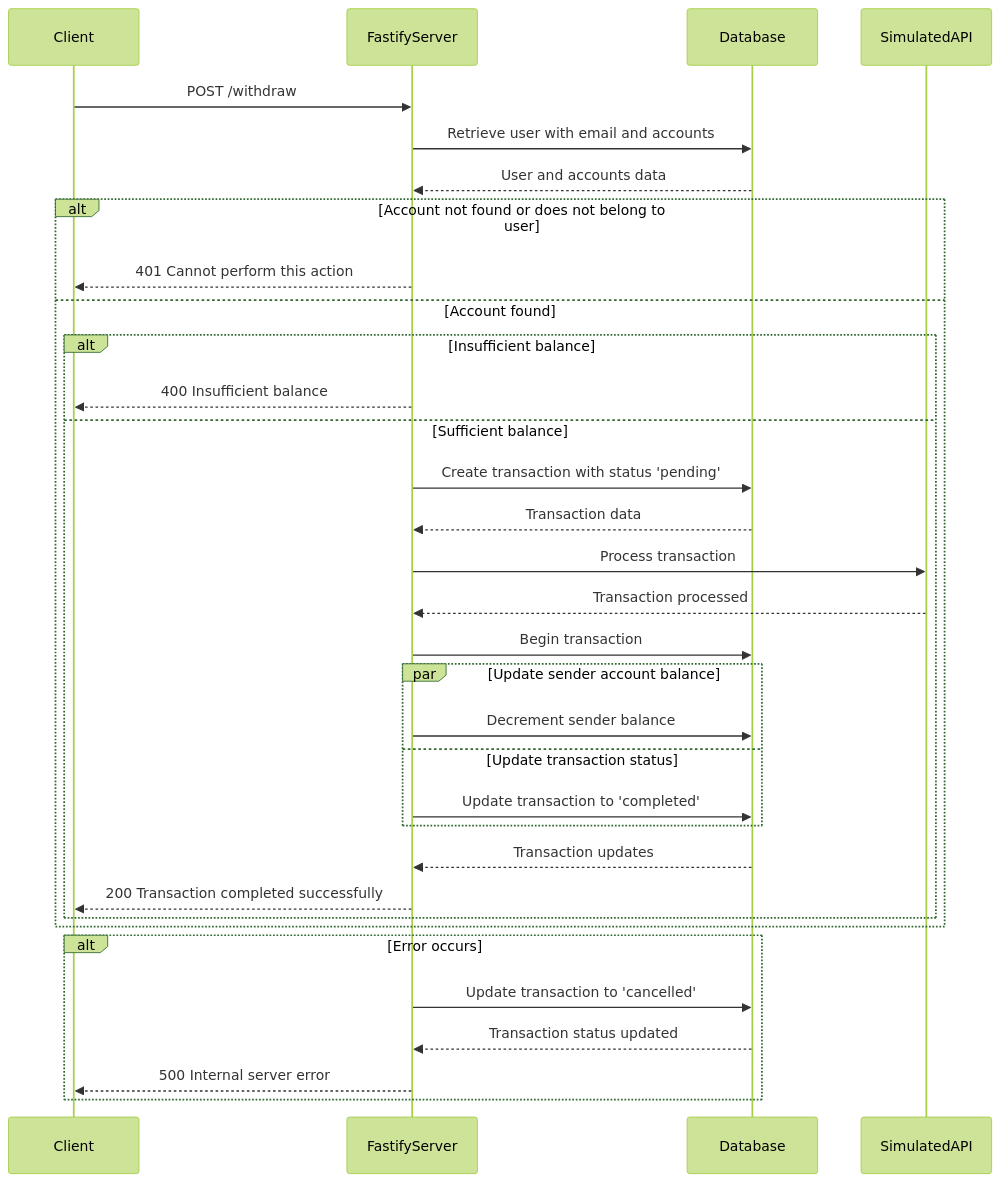
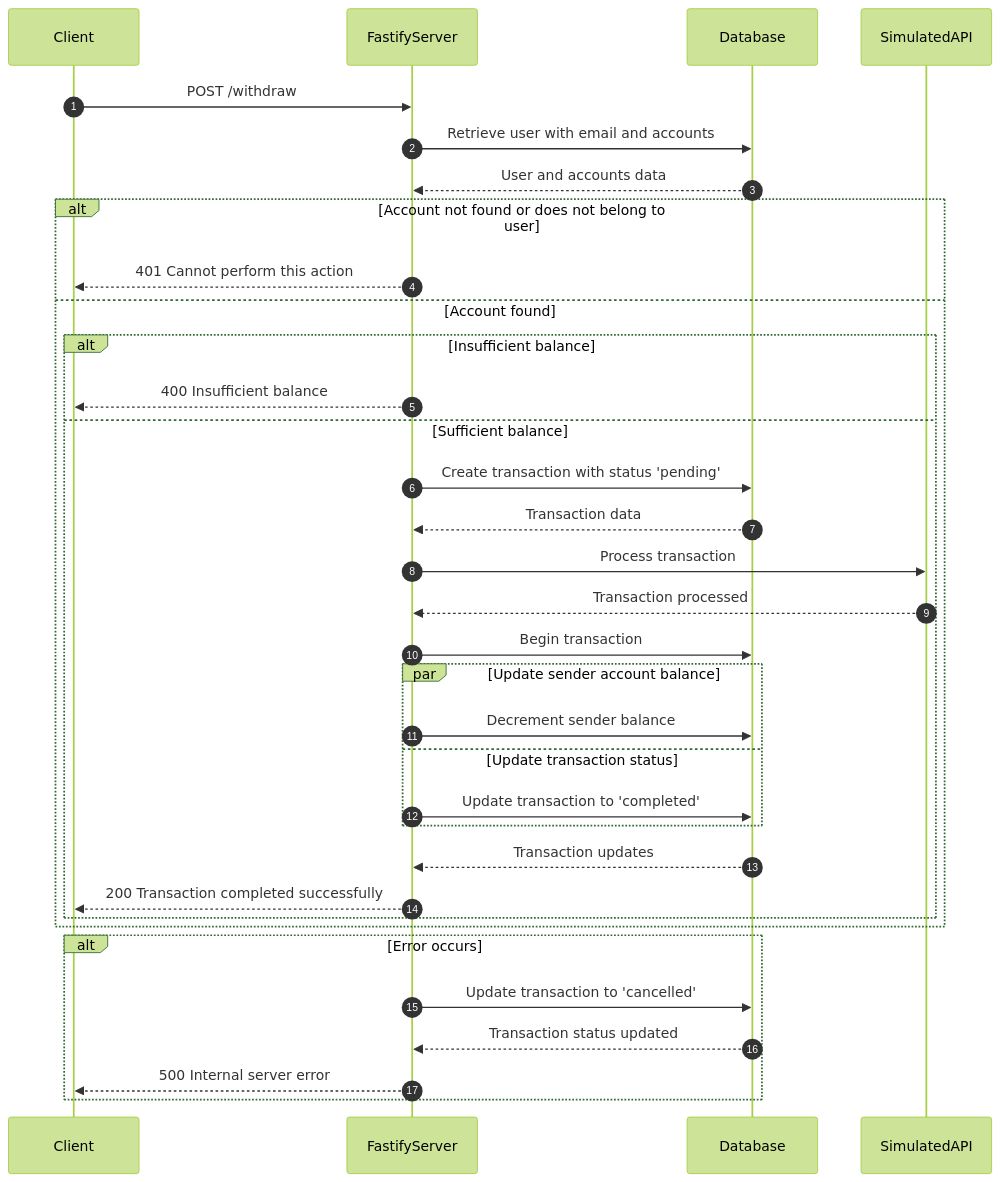
The second of 2 diagrams in README.md (btrongtin/saola-crypto-trading-backend), drawn with Mermaid (forest theme) before and after one commit. The commit also changed other lines of this file, not shown here.

Commit message:
update chart3

````diff
--- a/README.md
+++ b/README.md
@@ -109,42 +110,43 @@
      ```mermaid
       sequenceDiagram
+          autonumber
           participant Client
           participant FastifyServer
           participant Database
           participant SimulatedAPI
 
           Client->>FastifyServer: POST /withdraw
           FastifyServer->>Database: Retrieve user with email and accounts
           Database-->>FastifyServer: User and accounts data
 
           alt Account not found or does not belong to user
               FastifyServer-->>Client: 401 Cannot perform this action
           else Account found
               alt Insufficient balance
                   FastifyServer-->>Client: 400 Insufficient balance
               else Sufficient balance
                   FastifyServer->>Database: Create transaction with status 'pending'
                   Database-->>FastifyServer: Transaction data
 
                   FastifyServer->>SimulatedAPI: Process transaction
                   SimulatedAPI-->>FastifyServer: Transaction processed
 
                   FastifyServer->>Database: Begin transaction
                   par Update sender account balance
                       FastifyServer->>Database: Decrement sender balance
                   and Update transaction status
                       FastifyServer->>Database: Update transaction to 'completed'
                   end
                   Database-->>FastifyServer: Transaction updates
 
                   FastifyServer-->>Client: 200 Transaction completed successfully
               end
           end
 
           alt Error occurs
               FastifyServer->>Database: Update transaction to 'cancelled'
               Database-->>FastifyServer: Transaction status updated
               FastifyServer-->>Client: 500 Internal server error
           end
 
      ```
````
